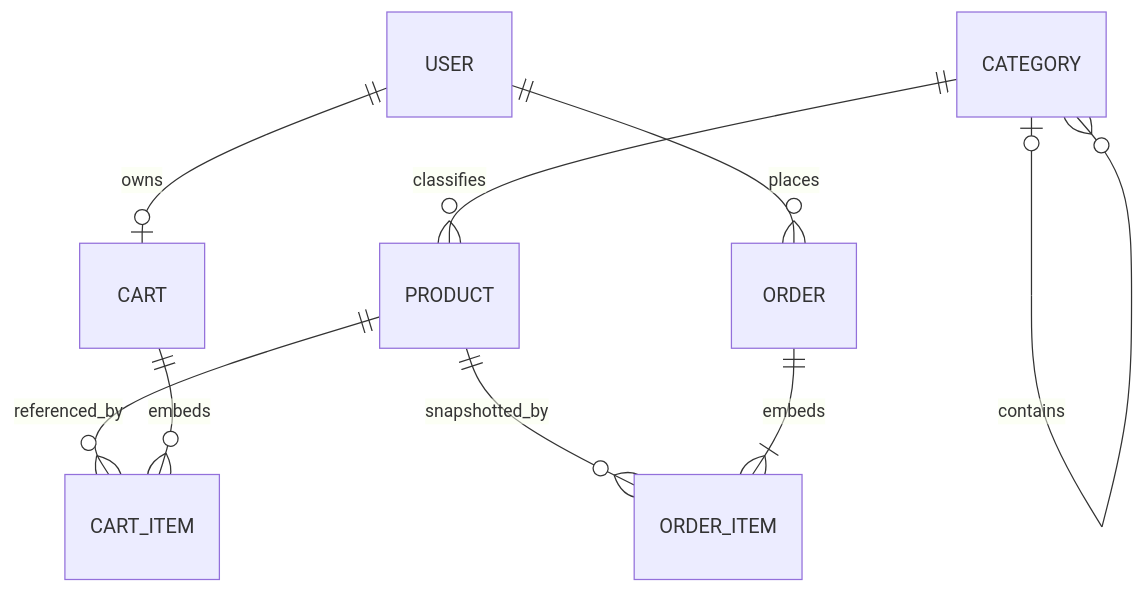
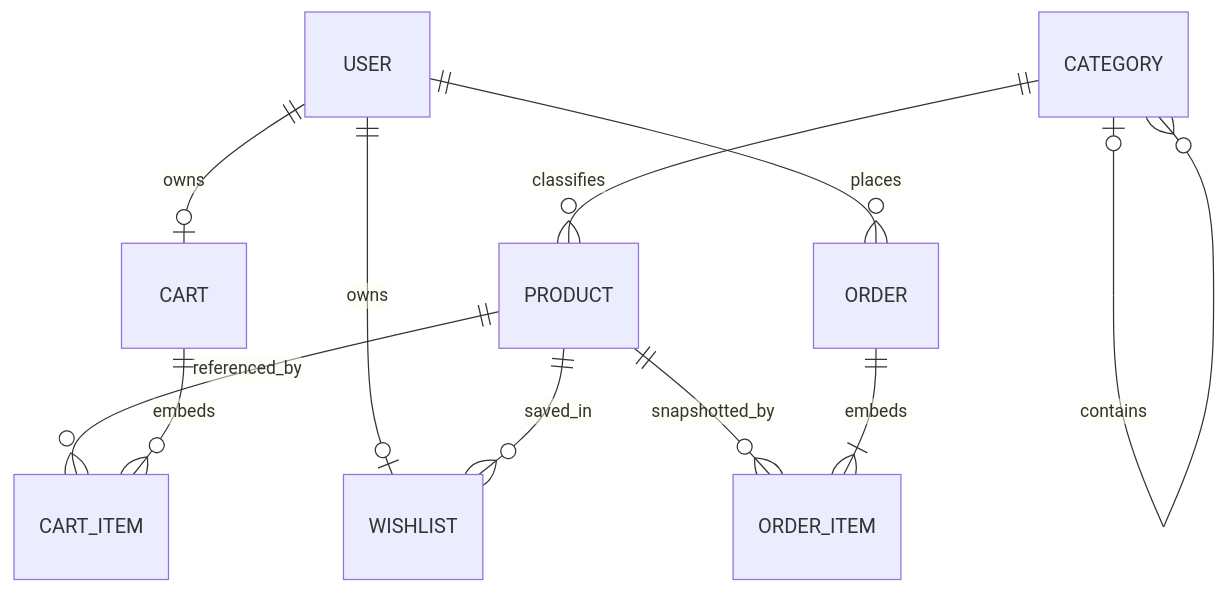
One commit to Empyrean1026/EC-SHOP changed the diagram in docs/database-design.md. Above: the diagram before and after it, drawn with Mermaid. The commit also changed other lines of this file and 35 other files, not shown here.

````diff
--- a/docs/database-design.md
+++ b/docs/database-design.md
@@ -7,11 +7,13 @@
 ```mermaid
 erDiagram
   USER ||--o| CART : owns
+  USER ||--o| WISHLIST : owns
   USER ||--o{ ORDER : places
   CATEGORY o|--o{ CATEGORY : contains
   CATEGORY ||--o{ PRODUCT : classifies
   PRODUCT ||--o{ CART_ITEM : referenced_by
+  PRODUCT ||--o{ WISHLIST : saved_in
   PRODUCT ||--o{ ORDER_ITEM : snapshotted_by
   CART ||--o{ CART_ITEM : embeds
   ORDER ||--|{ ORDER_ITEM : embeds
 ```
````
